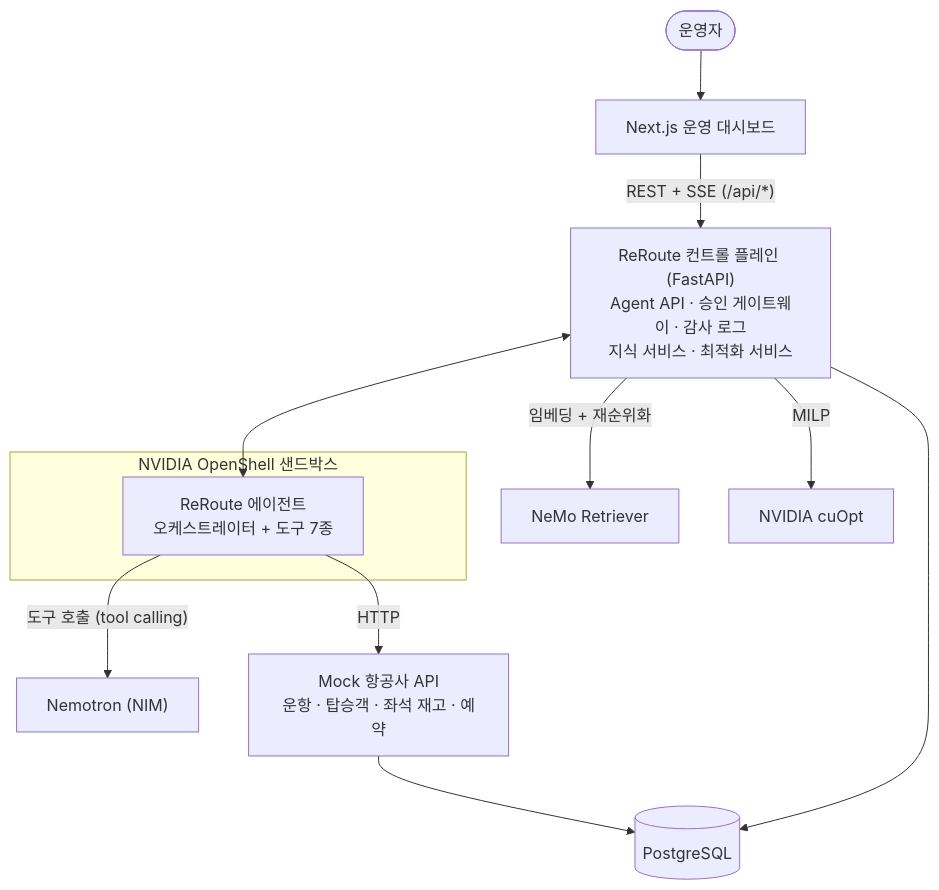
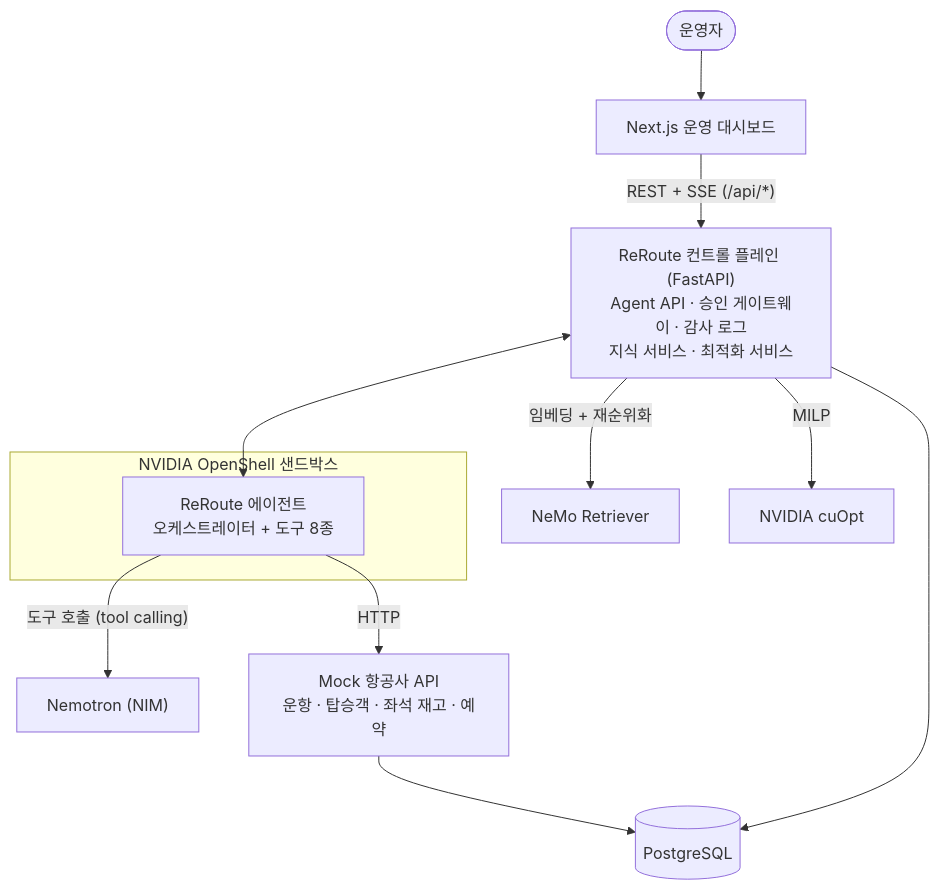
Before and after one commit to hyunolike/reroute-irops-agent: the second of 5 diagrams in README.md, drawn with Mermaid. The commit also changed other lines of this file and 66 other files, not shown here.

Commit message:
LLM 중심 에이전트 + NemoClaw/OpenClaw MCP 연동 + 에이전트 구조 다이어그램 (#2)

````diff
--- a/README.md
+++ b/README.md
@@ -105,15 +106,15 @@
 ```mermaid
 flowchart TB
     op([운영자]) --> web["Next.js 운영 대시보드"]
     web -- "REST + SSE (/api/*)" --> cp["ReRoute 컨트롤 플레인 (FastAPI)<br/>Agent API · 승인 게이트웨이 · 감사 로그<br/>지식 서비스 · 최적화 서비스"]
     subgraph sandbox["NVIDIA OpenShell 샌드박스"]
-        agent["ReRoute 에이전트<br/>오케스트레이터 + 도구 7종"]
+        agent["ReRoute 에이전트<br/>오케스트레이터 + 도구 8종"]
     end
     cp <--> agent
     agent -- "도구 호출 (tool calling)" --> nim["Nemotron (NIM)"]
     agent -- HTTP --> airline["Mock 항공사 API<br/>운항 · 탑승객 · 좌석 재고 · 예약"]
     cp -- "임베딩 + 재순위화" --> ret["NeMo Retriever"]
     cp -- MILP --> cuopt["NVIDIA cuOpt"]
     cp --> db[(PostgreSQL)]
     airline --> db
 ```
````
